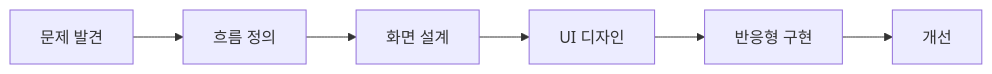
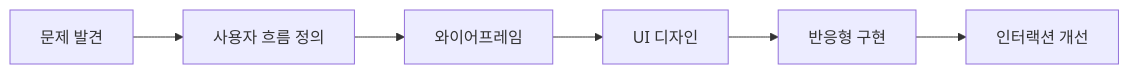
The fifth of 5 diagrams in README.md (hyunjaeha/moodget), drawn with Mermaid before and after one commit. The commit also changed other lines of this file, not shown here.

````diff
--- a/README.md
+++ b/README.md
@@ -180,8 +188,8 @@
 ```mermaid
 flowchart LR
-    A[문제 발견] --> B[흐름 정의]
-    B --> C[화면 설계]
+    A[문제 발견] --> B[사용자 흐름 정의]
+    B --> C[와이어프레임]
     C --> D[UI 디자인]
     D --> E[반응형 구현]
-    E --> F[개선]
+    E --> F[인터랙션 개선]
 ```
````
